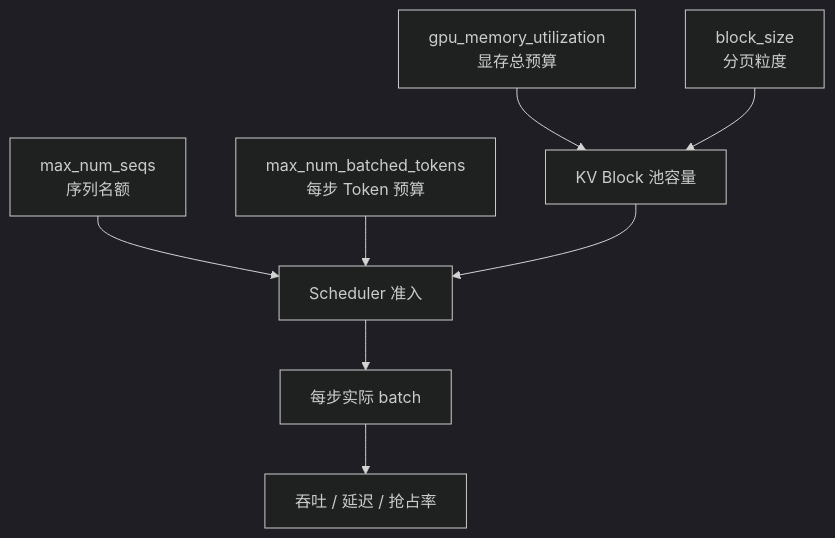
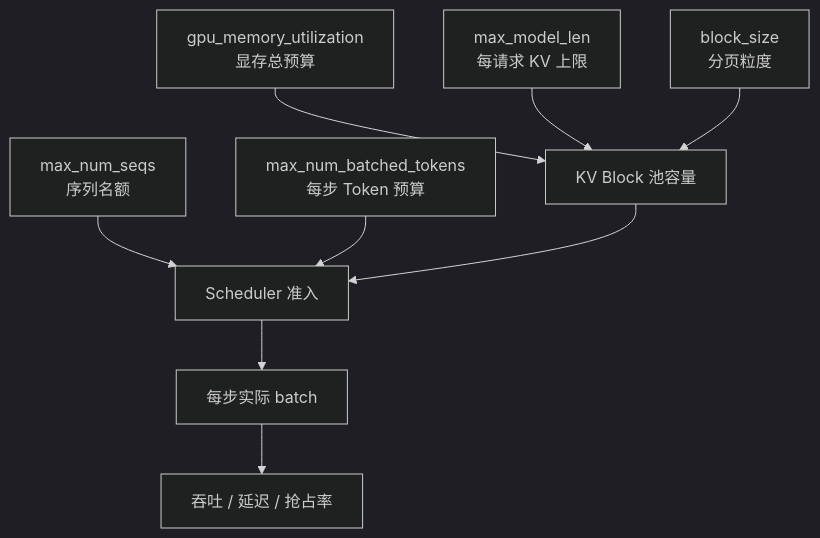
The diagram in docs/guides/模块四-推理优化/第3章-深入vLLM/3.5-关键配置调优.md (tqm6666/AIInfraGuide), drawn with Mermaid (dark theme) before and after one commit. The commit also changed other lines of this file and 6 other files, not shown here.

````diff
--- a/docs/guides/模块四-推理优化/第3章-深入vLLM/3.5-关键配置调优.md
+++ b/docs/guides/模块四-推理优化/第3章-深入vLLM/3.5-关键配置调优.md
@@ -47,10 +49,11 @@
 ```mermaid
 flowchart TB
     G["gpu_memory_utilization<br/>显存总预算"] --> KV["KV Block 池容量"]
+    M["max_model_len<br/>每请求 KV 上限"] --> KV
     S["max_num_seqs<br/>序列名额"] --> Sch["Scheduler 准入"]
     T["max_num_batched_tokens<br/>每步 Token 预算"] --> Sch
     B["block_size<br/>分页粒度"] --> KV
     KV --> Sch
     Sch --> GPU["每步实际 batch"]
     GPU --> Out["吞吐 / 延迟 / 抢占率"]
 ```
````
